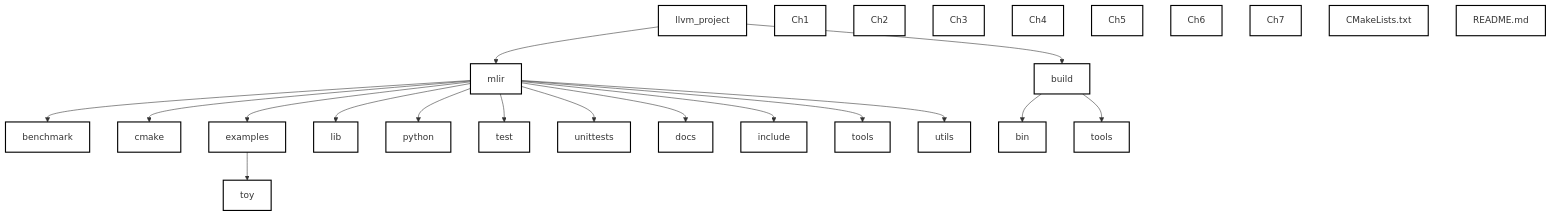
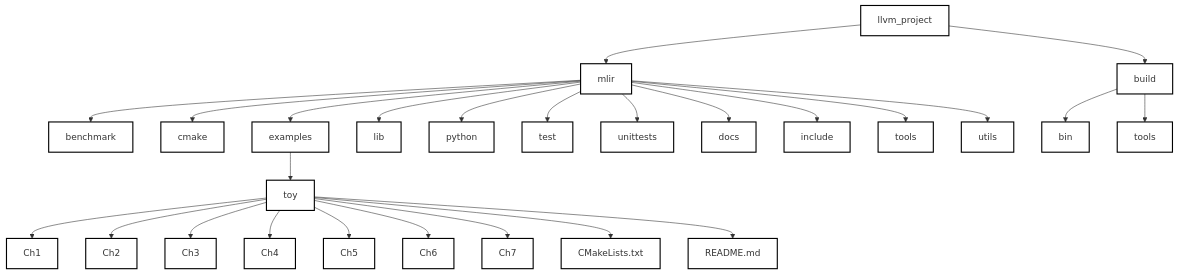
One commit to Ameya674/mlir_for_beginners changed the third of 3 diagrams in Introduction.md. Above: the diagram before and after it, drawn with Mermaid.

````diff
--- a/Introduction.md
+++ b/Introduction.md
@@ -143,59 +143,70 @@
 ```mermaid
 graph TD
   llvm_project["llvm_project"]
   mlir["mlir"]
   build["build"]
 
   llvm_project --> mlir
   llvm_project --> build
 
   benchmark["benchmark"]
   cmake["cmake"]
   examples["examples"]
   lib["lib"]
   python["python"]
   test["test"]
   unittests["unittests"]
   docs["docs"]
   include["include"]
   tools["tools"]
   utils["utils"]
 
   mlir --> benchmark
   mlir --> cmake
   mlir --> examples
   mlir --> lib
   mlir --> python
   mlir --> test
   mlir --> unittests
   mlir --> docs
   mlir --> include
   mlir --> tools
   mlir --> utils
 
   bin["bin"]
   build_tools["tools"]
 
   build --> bin
   build --> build_tools
 
   toy["toy"]
 
   examples --> toy
 
   Ch1["Ch1"]
   Ch2["Ch2"]
   Ch3["Ch3"]
   Ch4["Ch4"]
   Ch5["Ch5"]
   Ch6["Ch6"]
   Ch7["Ch7"]
   cmakelist.txt["CMakeLists.txt"]
   readme.md["README.md"]
-  
+
+  toy --> Ch1
+  toy --> Ch2
+  toy --> Ch3
+  toy --> Ch4
+  toy --> Ch5
+  toy --> Ch6
+  toy --> Ch7
+  toy --> cmakelist.txt
+  toy --> readme.md
+
+
   classDef default fill:#fff,stroke:#000,stroke-width:2px;
   class mlir_box default;
   class toy_examples_box default;
   class toy_test_box default;
   class test_box default;
 ```
````
